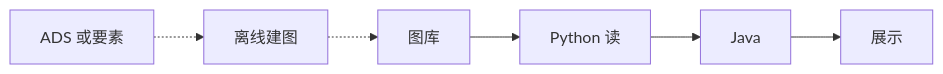
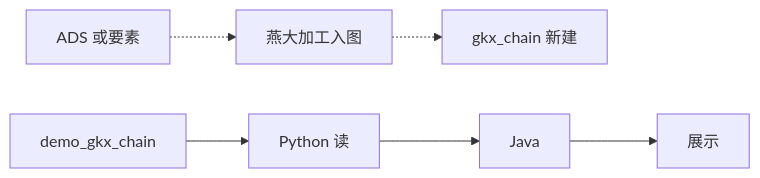
Before and after one commit to Marisolebxf/-: the second of 2 diagrams in agent-delivery/工程过程/04-系统集成/07-图数据库集成/技术方案.md, drawn with Mermaid. The commit also changed other lines of this file and 12 other files, not shown here.

First line of the commit message:
docs(graph): 加工入图空间定为 gkx_chain，对接目录改称智谱与燕大 [agent:data-agent]

````diff
--- a/agent-delivery/工程过程/04-系统集成/07-图数据库集成/技术方案.md
+++ b/agent-delivery/工程过程/04-系统集成/07-图数据库集成/技术方案.md
@@ -151,8 +153,8 @@
 ```mermaid
 flowchart LR
-  ADS[ADS 或要素] -.-> JOB[离线建图]
-  JOB -.-> G[图库]
-  G --> PY[Python 读]
+  ADS[ADS 或要素] -.-> JOB[燕大加工入图]
+  JOB -.-> GY["gkx_chain 新建"]
+  GD["demo_gkx_chain"] --> PY[Python 读]
   PY --> J[Java]
   J --> FE[展示]
 ```
````
